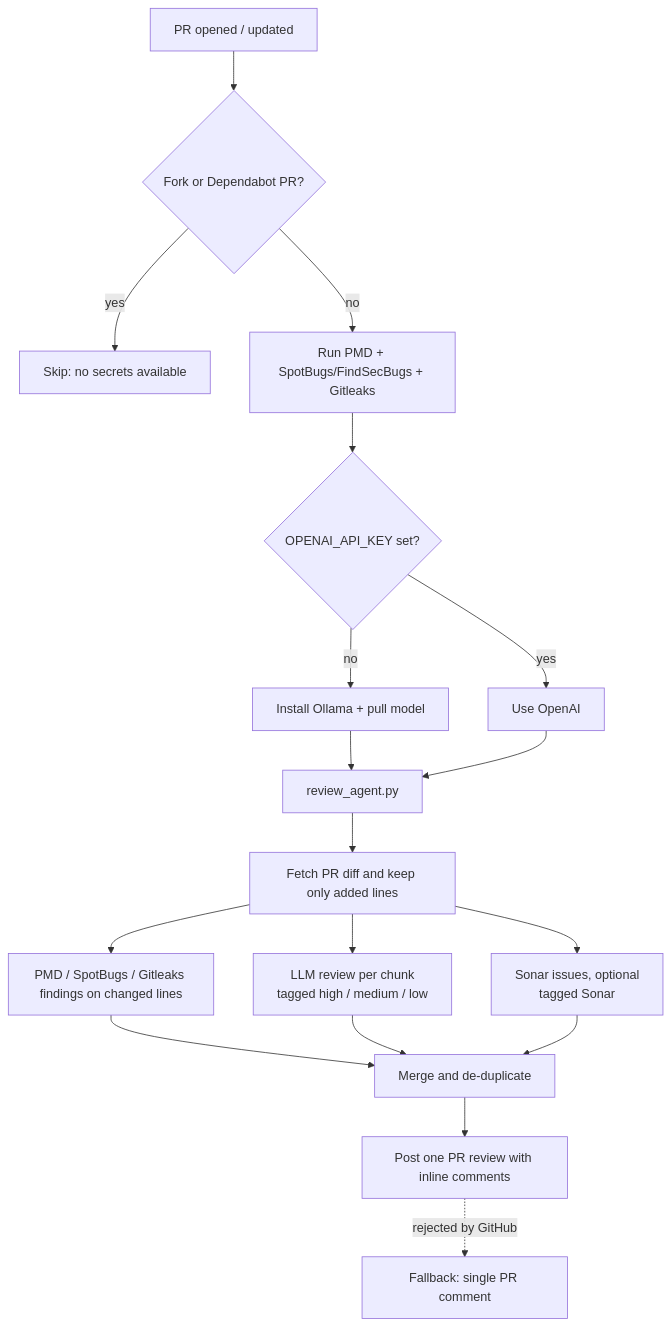
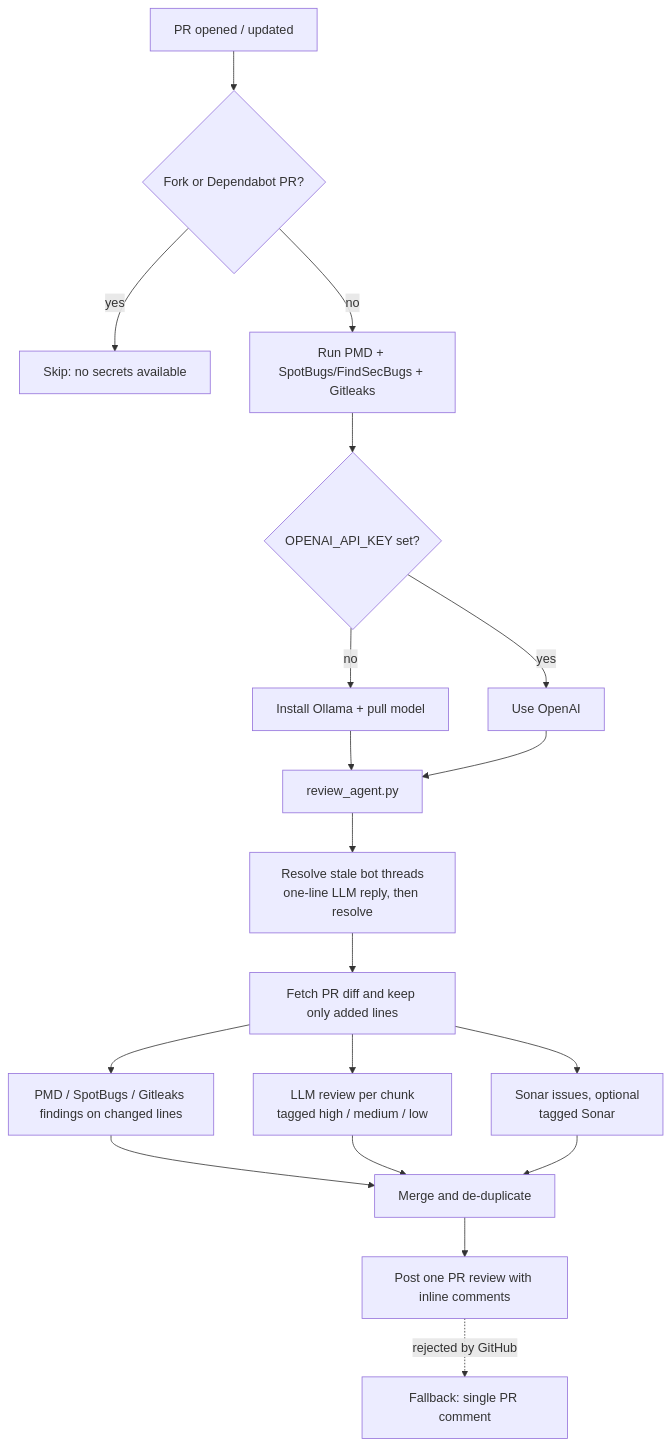
Before and after one commit to musabbozkurt/oauth2-authorization-server: the diagram in docs/agent/README.md, drawn with Mermaid. The commit also changed other lines of this file and 2 other files, not shown here.

Commit message:
refactor: enhance review agent to resolve stale threads with LLM-generated replies; update README with new flow

````diff
--- a/docs/agent/README.md
+++ b/docs/agent/README.md
@@ -7,20 +7,21 @@
 ```mermaid
 flowchart TD
     A[PR opened / updated] --> B{Fork or Dependabot PR?}
     B -- yes --> Z[Skip: no secrets available]
     B -- no --> C[Run PMD + SpotBugs/FindSecBugs + Gitleaks]
     C --> D{OPENAI_API_KEY set?}
     D -- no --> E[Install Ollama + pull model]
     D -- yes --> F[Use OpenAI]
     E --> G[review_agent.py]
     F --> G
-    G --> H[Fetch PR diff and keep only added lines]
+    G --> R[Resolve stale bot threads<br/>one-line LLM reply, then resolve]
+    R --> H[Fetch PR diff and keep only added lines]
     H --> I[PMD / SpotBugs / Gitleaks findings on changed lines]
     H --> J[LLM review per chunk<br/>tagged high / medium / low]
     H --> K[Sonar issues, optional<br/>tagged Sonar]
     I --> L[Merge and de-duplicate]
     J --> L
     K --> L
     L --> M[Post one PR review with inline comments]
     M -. rejected by GitHub .-> N[Fallback: single PR comment]
 ```
````
